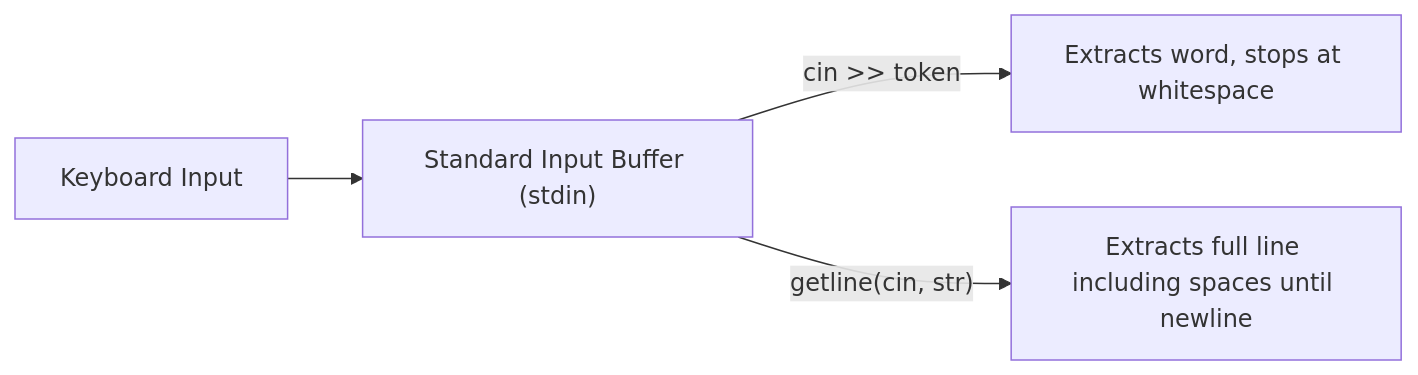
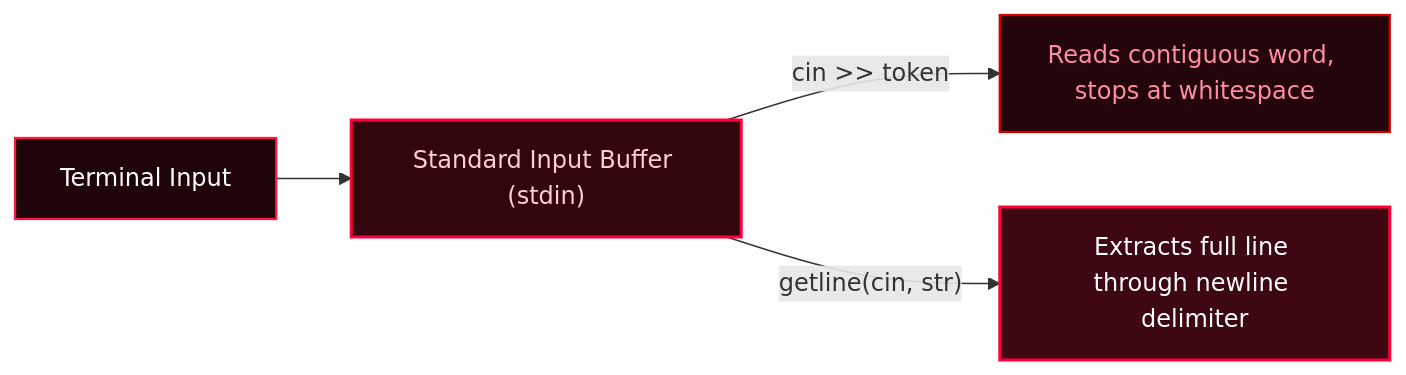
The fourth of 4 diagrams in README.md (Shomay12/Working-with-Cpp), drawn with Mermaid before and after one commit. The commit also changed other lines of this file and 1 other file, not shown here.

Commit message:
docs: overhaul README in crimson red theme with native vector banner and red-styled system flowcharts

````diff
--- a/README.md
+++ b/README.md
@@ -74,6 +142,11 @@
 ```mermaid
 flowchart LR
-    Input["Keyboard Input"] --> Buffer["Standard Input Buffer (stdin)"]
-    Buffer -->|"cin >> token"| Token["Extracts word, stops at whitespace"]
-    Buffer -->|"getline(cin, str)"| Line["Extracts full line including spaces until newline"]
+    KBD["Terminal Input"] --> BUF["Standard Input Buffer (stdin)"]
+    BUF -->|"cin >> token"| T1["Reads contiguous word, stops at whitespace"]
+    BUF -->|"getline(cin, str)"| T2["Extracts full line through newline delimiter"]
+
+    style KBD fill:#1f0409,stroke:#ff1744,stroke-width:1.5px,color:#ffffff
+    style BUF fill:#33060e,stroke:#ff003c,stroke-width:2px,color:#ffcdd2
+    style T1 fill:#24050b,stroke:#d50000,stroke-width:1.5px,color:#ff8da1
+    style T2 fill:#3d0811,stroke:#ff003c,stroke-width:2px,color:#ffffff
 ```
````
